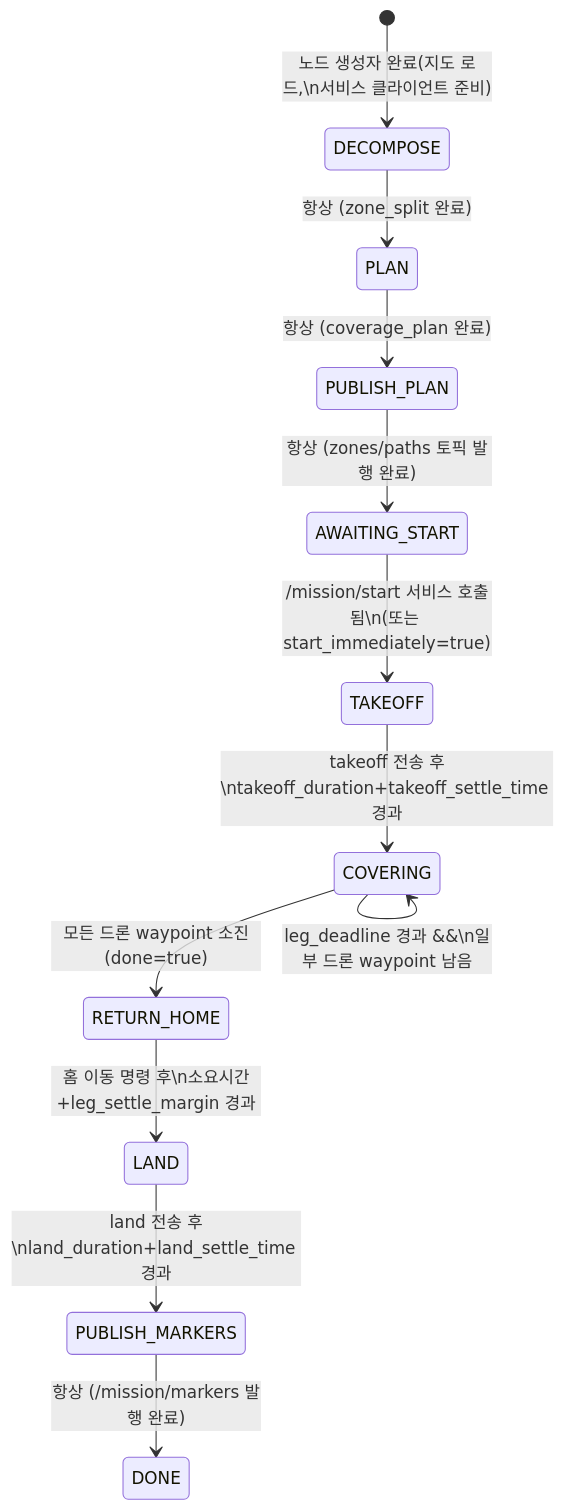
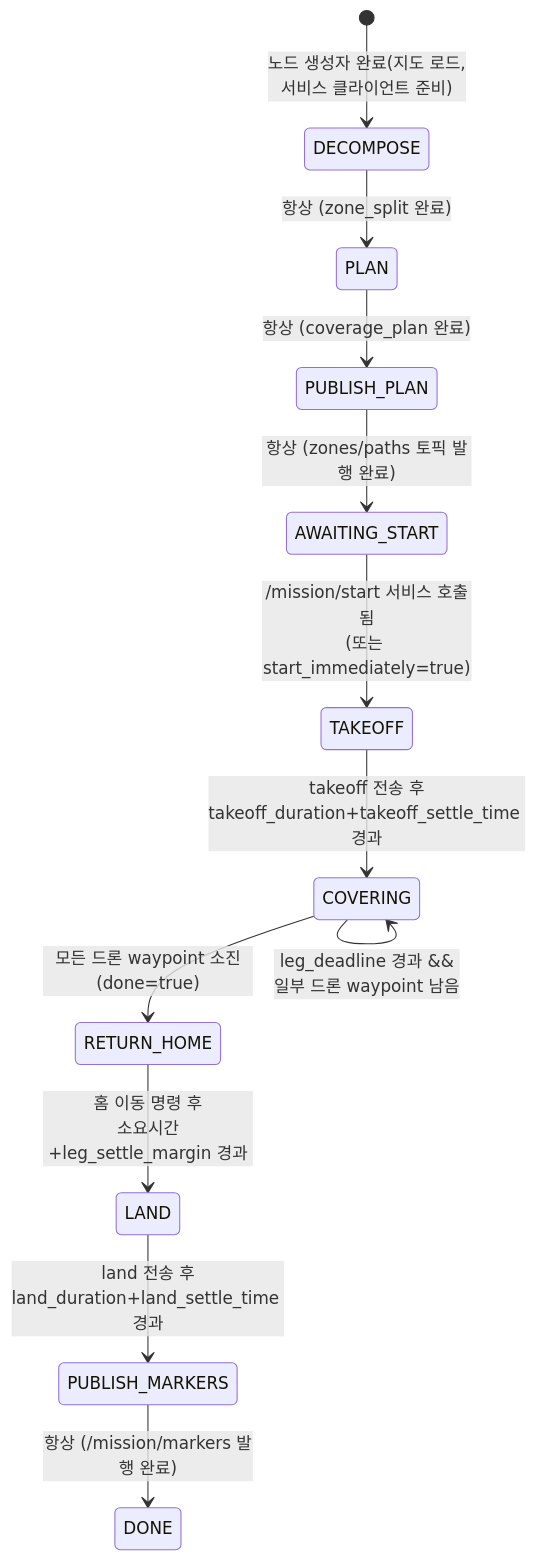
Before and after one commit to sungho2574/uav-ugv-cooperation2: the third of 4 diagrams in README.md, drawn with Mermaid. The commit also changed other lines of this file and 1 other file, not shown here.

Commit message:
feat: add drone in gcs

````diff
--- a/README.md
+++ b/README.md
@@ -186,14 +186,14 @@
 ```mermaid
 stateDiagram-v2
-    [*] --> DECOMPOSE: 노드 생성자 완료(지도 로드,\n서비스 클라이언트 준비)
+    [*] --> DECOMPOSE: 노드 생성자 완료(지도 로드,<br>서비스 클라이언트 준비)
     DECOMPOSE --> PLAN: 항상 (zone_split 완료)
     PLAN --> PUBLISH_PLAN: 항상 (coverage_plan 완료)
     PUBLISH_PLAN --> AWAITING_START: 항상 (zones/paths 토픽 발행 완료)
-    AWAITING_START --> TAKEOFF: /mission/start 서비스 호출됨\n(또는 start_immediately=true)
-    TAKEOFF --> COVERING: takeoff 전송 후\ntakeoff_duration+takeoff_settle_time 경과
-    COVERING --> COVERING: leg_deadline 경과 &&\n일부 드론 waypoint 남음
+    AWAITING_START --> TAKEOFF: /mission/start 서비스 호출됨<br>(또는 start_immediately=true)
+    TAKEOFF --> COVERING: takeoff 전송 후<br>takeoff_duration+takeoff_settle_time 경과
+    COVERING --> COVERING: leg_deadline 경과 &&<br>일부 드론 waypoint 남음
     COVERING --> RETURN_HOME: 모든 드론 waypoint 소진(done=true)
-    RETURN_HOME --> LAND: 홈 이동 명령 후\n소요시간+leg_settle_margin 경과
-    LAND --> PUBLISH_MARKERS: land 전송 후\nland_duration+land_settle_time 경과
+    RETURN_HOME --> LAND: 홈 이동 명령 후<br>소요시간+leg_settle_margin 경과
+    LAND --> PUBLISH_MARKERS: land 전송 후<br>land_duration+land_settle_time 경과
     PUBLISH_MARKERS --> DONE: 항상 (/mission/markers 발행 완료)
 ```
````
